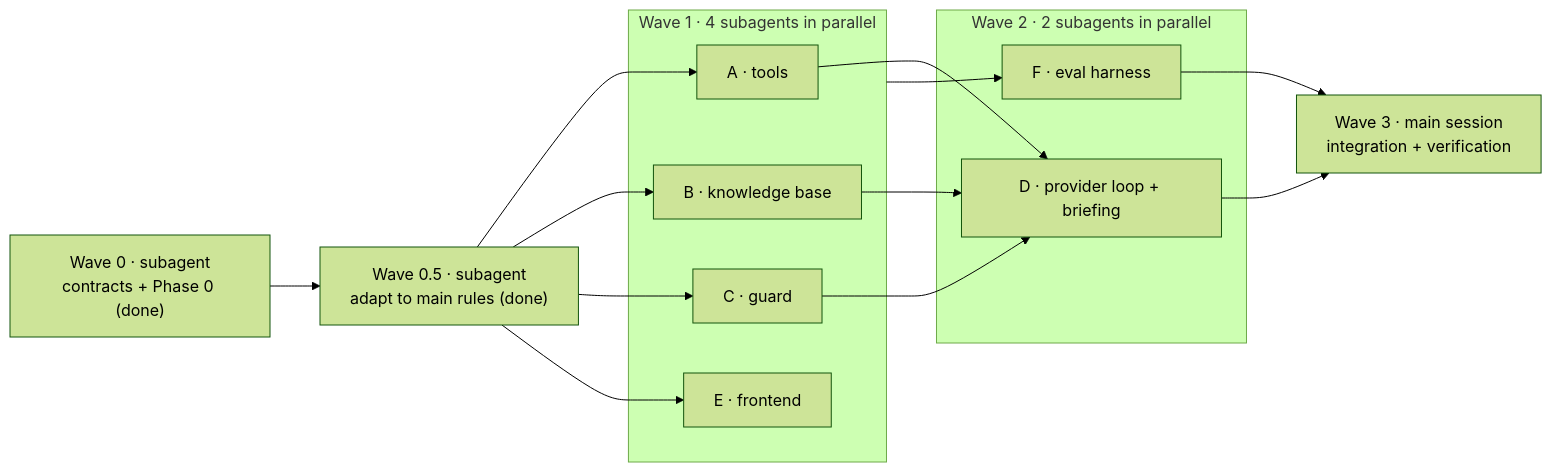
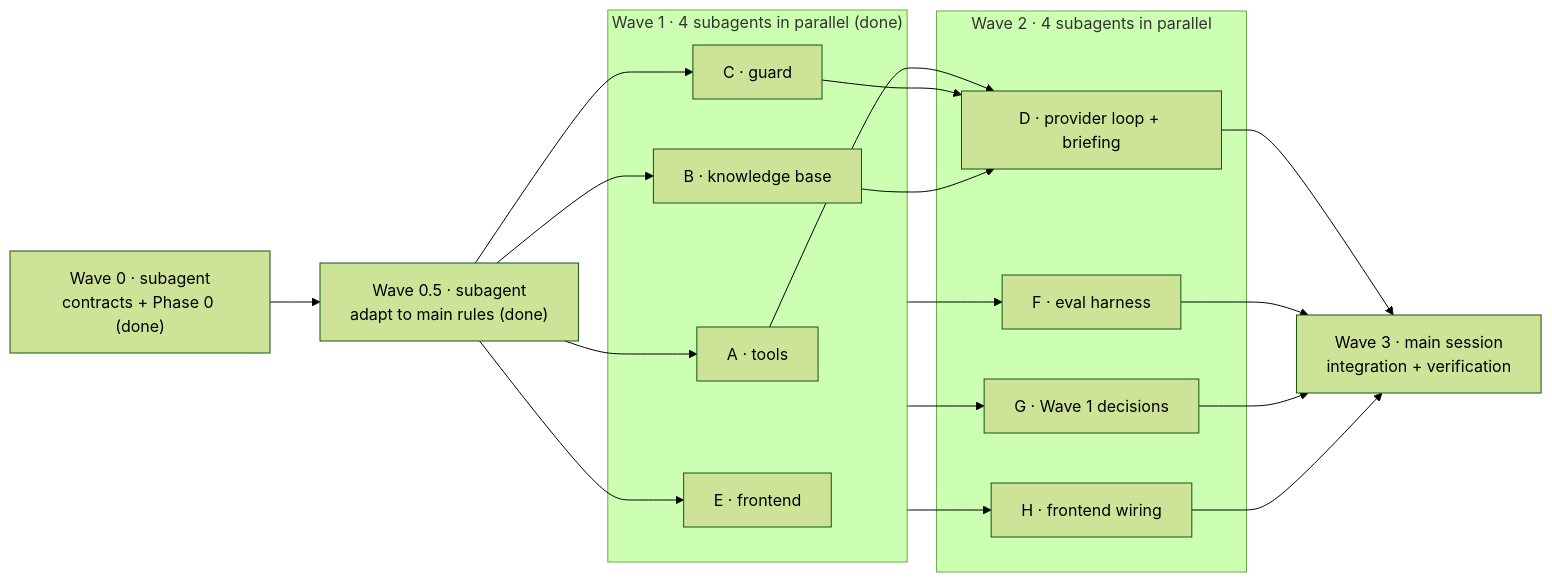
Before and after one commit to danielgacioly/canary: the diagram in docs/ai/plan.md, drawn with Mermaid (forest theme). The commit also changed other lines of this file and 1 other file, not shown here.

First line of the commit message:
docs(ai): Wave 1 decisions and Wave 2 with four agents

````diff
--- a/docs/ai/plan.md
+++ b/docs/ai/plan.md
@@ -300,19 +300,21 @@
 ```mermaid
 flowchart LR
     W0["Wave 0 · subagent<br/>contracts + Phase 0 (done)"] --> W05["Wave 0.5 · subagent<br/>adapt to main rules (done)"]
     W05 --> A & B & C & E
-    subgraph W1["Wave 1 · 4 subagents in parallel"]
+    subgraph W1["Wave 1 · 4 subagents in parallel (done)"]
         A["A · tools"]
         B["B · knowledge base"]
         C["C · guard"]
         E["E · frontend"]
     end
     A & C --> D
-    subgraph W2["Wave 2 · 2 subagents in parallel"]
+    subgraph W2["Wave 2 · 4 subagents in parallel"]
         D["D · provider loop + briefing"]
         F["F · eval harness"]
+        G["G · Wave 1 decisions"]
+        H["H · frontend wiring"]
     end
     B --> D
-    W1 --> F
-    D & F --> W3["Wave 3 · main session<br/>integration + verification"]
+    W1 --> F & G & H
+    D & F & G & H --> W3["Wave 3 · main session<br/>integration + verification"]
 ```
````
